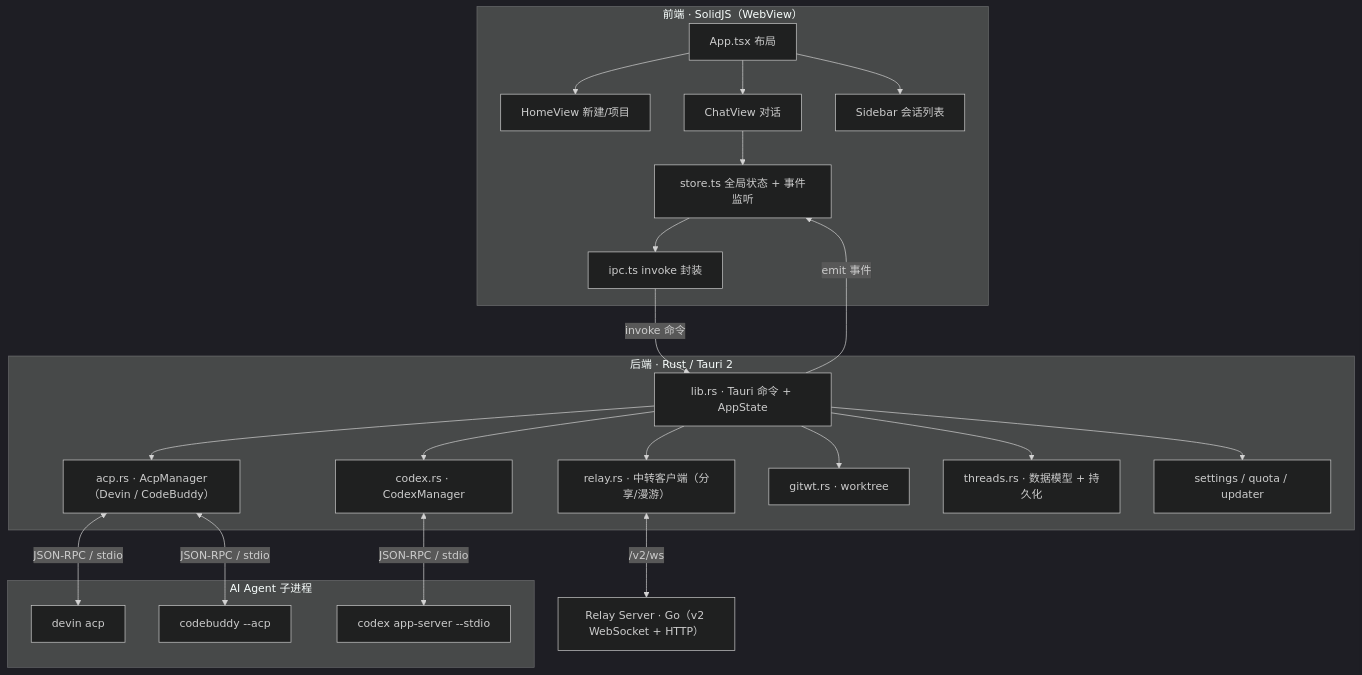
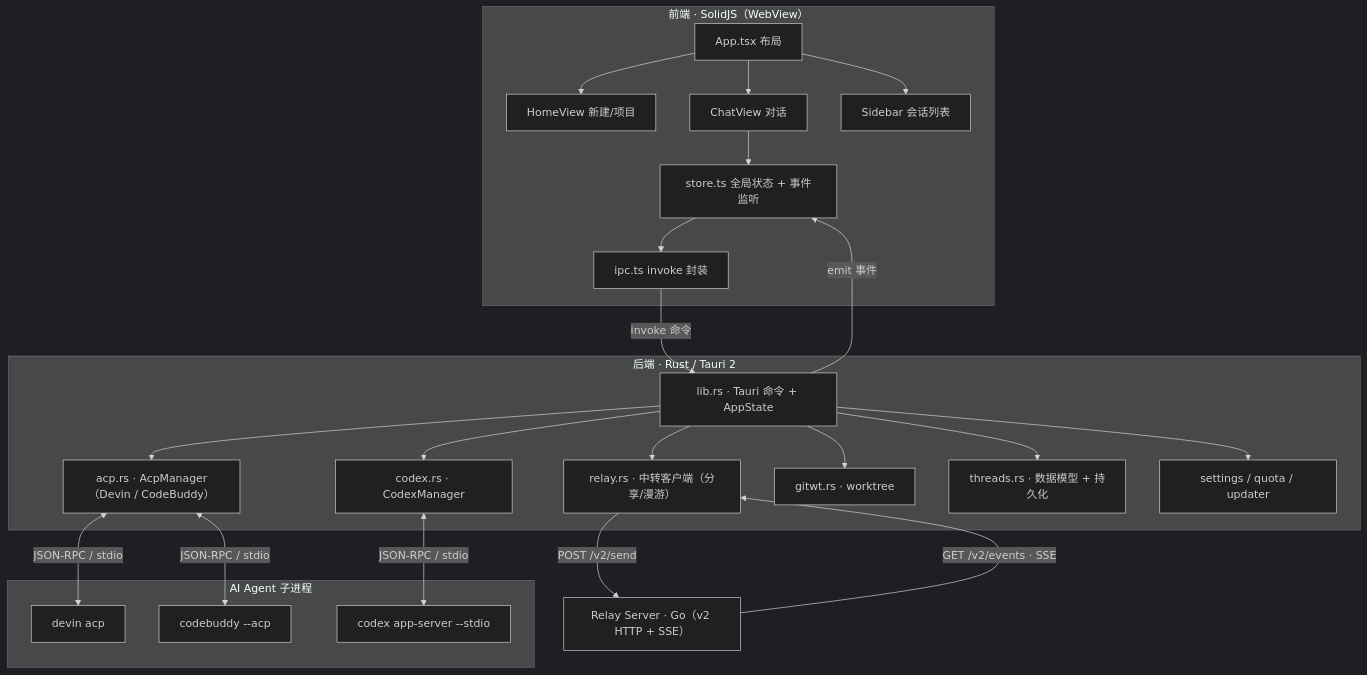
The first of 3 diagrams in docs/项目架构总览.md (llyb120/nova-client), drawn with Mermaid (dark theme) before and after one commit. The commit also changed other lines of this file and 8 other files, not shown here.

Commit message:
refactor(v2): replace websocket transport with HTTP and SSE

````diff
--- a/docs/项目架构总览.md
+++ b/docs/项目架构总览.md
@@ -28,37 +28,38 @@
 ```mermaid
 flowchart TB
     subgraph FE["前端 · SolidJS（WebView）"]
         APP["App.tsx 布局"]
         HV["HomeView 新建/项目"]
         CV["ChatView 对话"]
         SB["Sidebar 会话列表"]
         STORE["store.ts 全局状态 + 事件监听"]
         IPC["ipc.ts invoke 封装"]
         APP --> HV & CV & SB
         CV --> STORE
         STORE --> IPC
     end
     subgraph BE["后端 · Rust / Tauri 2"]
         CMD["lib.rs · Tauri 命令 + AppState"]
         ACP["acp.rs · AcpManager（Devin / CodeBuddy）"]
         CODEX["codex.rs · CodexManager"]
         RELAY["relay.rs · 中转客户端（分享/漫游）"]
         GITWT["gitwt.rs · worktree"]
         TH["threads.rs · 数据模型 + 持久化"]
         MISC["settings / quota / updater"]
         CMD --> ACP & CODEX & RELAY & GITWT & TH & MISC
     end
     subgraph AG["AI Agent 子进程"]
         DEV["devin acp"]
         CB["codebuddy --acp"]
         CX["codex app-server --stdio"]
     end
-    SRV["Relay Server · Go（v2 WebSocket + HTTP）"]
+    SRV["Relay Server · Go（v2 HTTP + SSE）"]
 
     IPC -->|"invoke 命令"| CMD
     CMD -->|"emit 事件"| STORE
     ACP <-->|"JSON-RPC / stdio"| DEV
     ACP <-->|"JSON-RPC / stdio"| CB
     CODEX <-->|"JSON-RPC / stdio"| CX
-    RELAY <-->|"/v2/ws"| SRV
+    RELAY -->|"POST /v2/send"| SRV
+    SRV -->|"GET /v2/events · SSE"| RELAY
 ```
````
